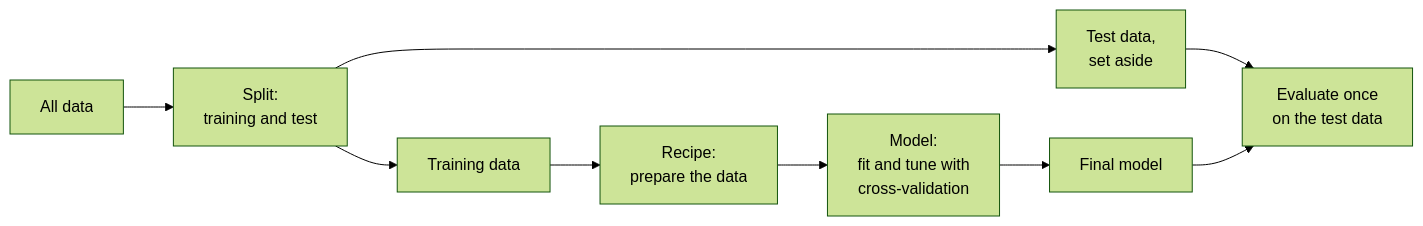
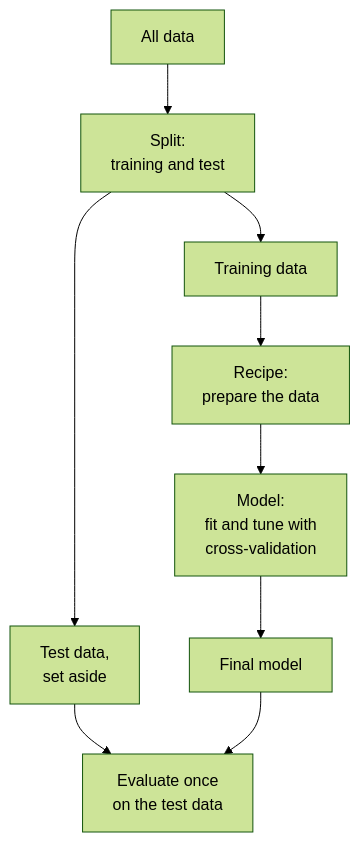
One commit to polla-fattah/data2thesis_r changed the diagram in content/book/11-machine-learning.qmd. Above: the diagram before and after it, drawn with Mermaid (forest theme). The commit also changed other lines of this file and 244 other files, not shown here.

````diff
--- a/content/book/11-machine-learning.qmd
+++ b/content/book/11-machine-learning.qmd
@@ -135,13 +139,13 @@
 ```{mermaid}
 %%| label: fig-pipeline
 %%| fig-cap: "The machine learning workflow in tidymodels."
-flowchart LR
+flowchart TB
   A[All data] --> B[Split:<br/>training and test]
   B --> C[Training data]
   B --> T[Test data,<br/>set aside]
   C --> D[Recipe:<br/>prepare the data]
   D --> E[Model:<br/>fit and tune with<br/>cross-validation]
   E --> F[Final model]
   T --> G[Evaluate once<br/>on the test data]
   F --> G
 ```
````
